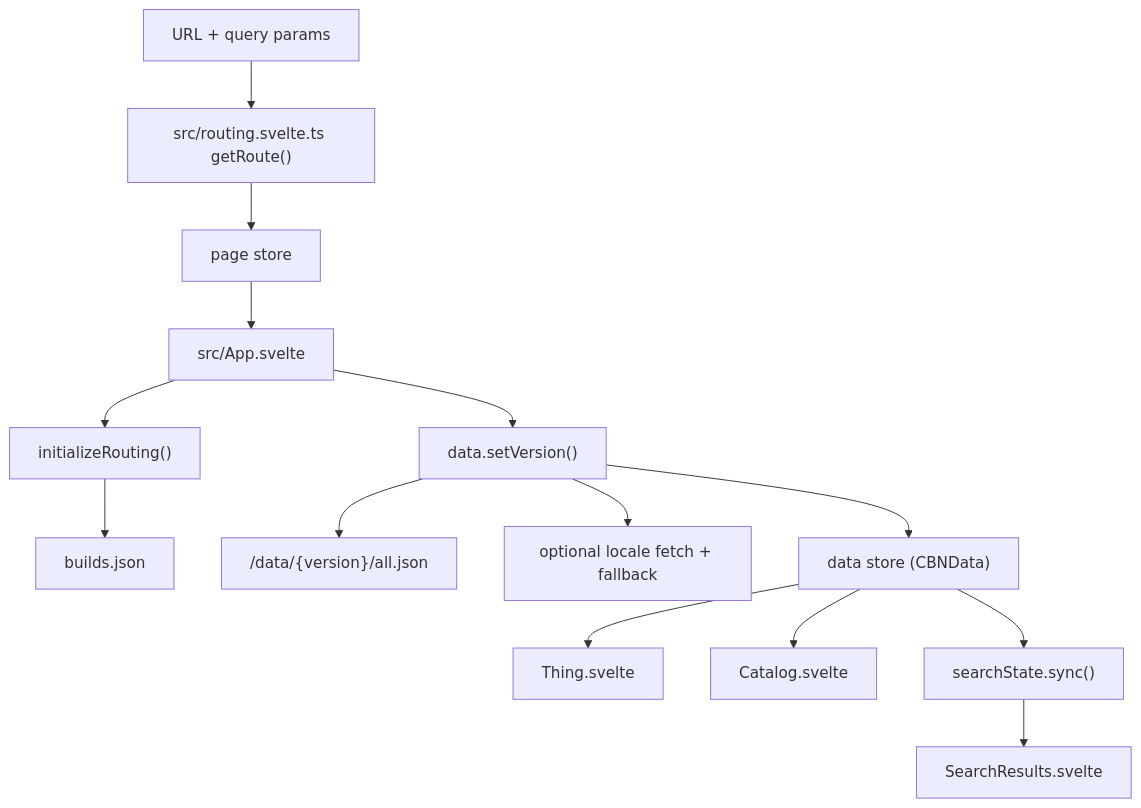
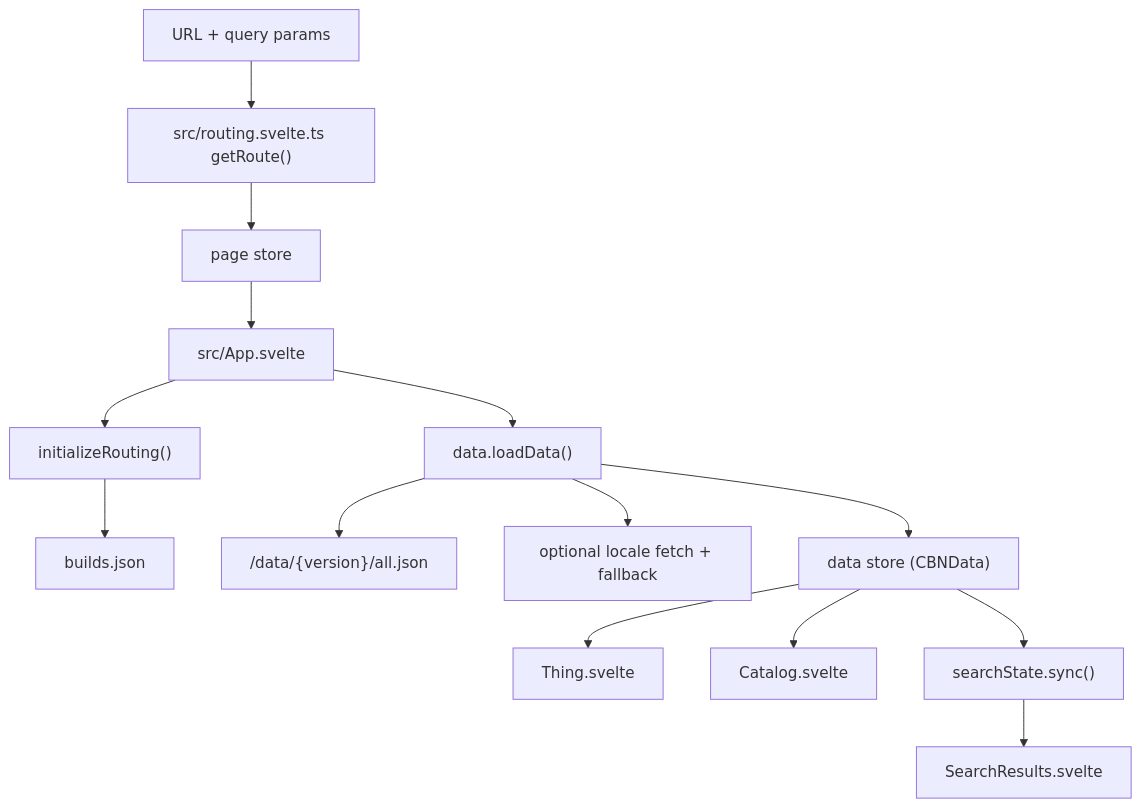
The diagram in DEVELOPMENT.md (ushkinaz/cbn-guide), drawn with Mermaid before and after one commit. The commit also changed other lines of this file and 38 other files, not shown here.

Commit message:
refactor(data): replace setVersion with loadData, add data-loader.ts, and improve orchestration

````diff
--- a/DEVELOPMENT.md
+++ b/DEVELOPMENT.md
@@ -84,16 +84,16 @@
 ```mermaid
 flowchart TD
     URL["URL + query params"] --> Routing["src/routing.svelte.ts getRoute()"]
     Routing --> PageStore["page store"]
     PageStore --> App["src/App.svelte"]
     App --> Init["initializeRouting()"]
     Init --> Builds["builds.json"]
-    App --> DataSet["data.setVersion()"]
+    App --> DataSet["data.loadData()"]
     DataSet --> AllJson["/data/{version}/all.json"]
     DataSet --> I18n["optional locale fetch + fallback"]
     DataSet --> DataStore["data store (CBNData)"]
     DataStore --> Thing["Thing.svelte"]
     DataStore --> Catalog["Catalog.svelte"]
     DataStore --> Search["searchState.sync()"]
     Search --> Results["SearchResults.svelte"]
 ```
````
